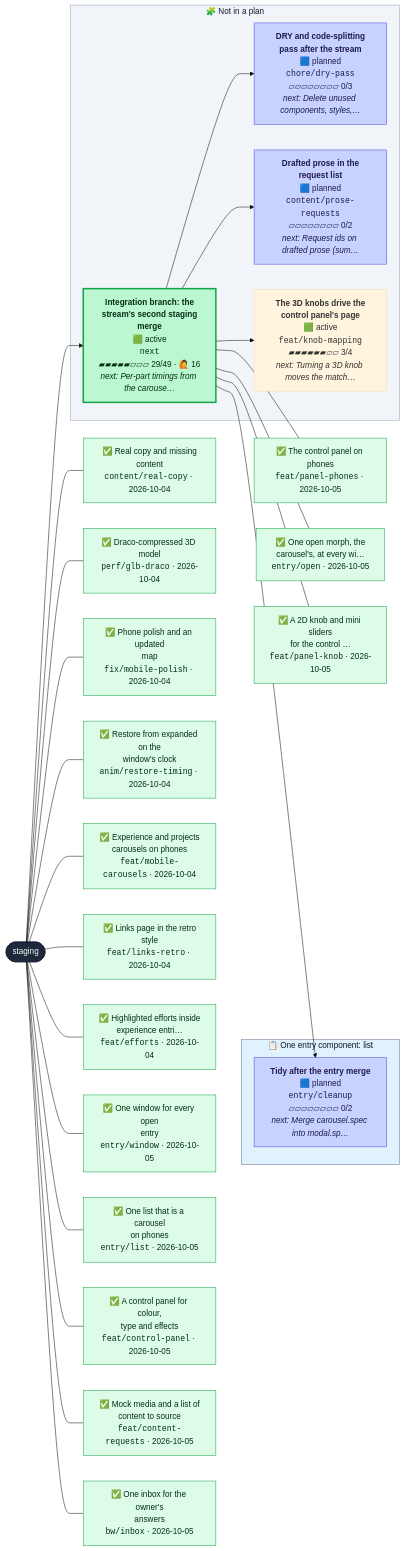
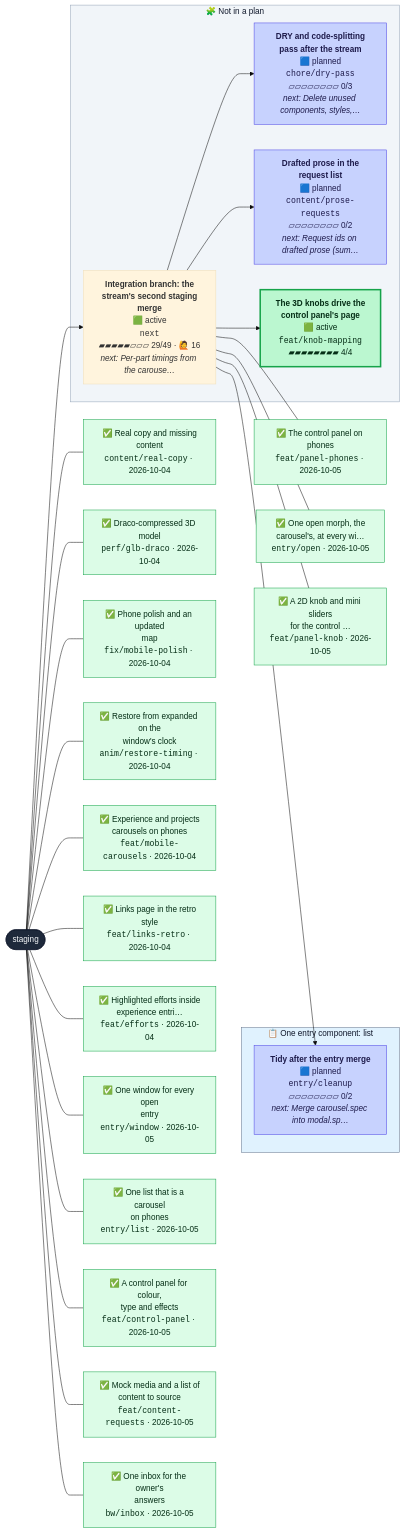
The second of 2 diagrams in CONTRIBUTING.md (henryjonescodes/portfolio), drawn with Mermaid (base theme) before and after one commit. The commit also changed other lines of this file, not shown here.

````diff
--- a/CONTRIBUTING.md
+++ b/CONTRIBUTING.md
@@ -69,80 +66,80 @@
 ```mermaid
 flowchart LR
   n_staging([staging])
   class n_staging trunk
   subgraph plan_0["📋 One entry component: list"]
     n_entry_cleanup["<b>Tidy after the entry merge</b><br/>🟦 planned<br/><code>entry/cleanup</code><br/>▱▱▱▱▱▱▱▱ 0/2<br/><i>next: Merge carousel.spec into modal.sp…</i>"]
     class n_entry_cleanup planned
   end
   style plan_0 fill:#e0f2fe,stroke:#64748b,color:#0f172a
   subgraph loose["🧩 Not in a plan"]
     n_chore_dry_pass["<b>DRY and code-splitting<br/>pass after the stream</b><br/>🟦 planned<br/><code>chore/dry-pass</code><br/>▱▱▱▱▱▱▱▱ 0/3<br/><i>next: Delete unused components, styles,…</i>"]
     class n_chore_dry_pass planned
     n_content_prose_requests["<b>Drafted prose in the<br/>request list</b><br/>🟦 planned<br/><code>content/prose-requests</code><br/>▱▱▱▱▱▱▱▱ 0/2<br/><i>next: Request ids on drafted prose (sum…</i>"]
     class n_content_prose_requests planned
-    n_feat_knob_mapping["<b>The 3D knobs drive the<br/>control panel's page</b><br/>🟩 active<br/><code>feat/knob-mapping</code><br/>▰▰▰▰▰▰▱▱ 3/4<br/><i>next: Turning a 3D knob moves the match…</i>"]
-    class n_feat_knob_mapping active,current
+    n_feat_knob_mapping["<b>The 3D knobs drive the<br/>control panel's page</b><br/>🟩 active<br/><code>feat/knob-mapping</code><br/>▰▰▰▰▰▰▰▰ 4/4"]
+    class n_feat_knob_mapping active
     n_next["<b>Integration branch: the<br/>stream's second staging<br/>merge</b><br/>🟩 active<br/><code>next</code><br/>▰▰▰▰▰▱▱▱ 29/49 · 🙋 16<br/><i>next: Per-part timings from the carouse…</i>"]
-    class n_next active
+    class n_next active,current
   end
   style loose fill:#f1f5f9,stroke:#94a3b8,color:#0f172a
   n_next --> n_chore_dry_pass
   n_next --> n_content_prose_requests
   n_next --> n_entry_cleanup
   n_next --> n_feat_knob_mapping
   n_staging --> n_next
   landed_0["✅ Real copy and missing<br/>content<br/><code>content/real-copy</code> · 2026-10-04"]
   class landed_0 merged
   n_staging --- landed_0
   landed_1["✅ Draco-compressed 3D model<br/><code>perf/glb-draco</code> · 2026-10-04"]
   class landed_1 merged
   n_staging --- landed_1
   landed_2["✅ Phone polish and an updated<br/>map<br/><code>fix/mobile-polish</code> · 2026-10-04"]
   class landed_2 merged
   n_staging --- landed_2
   landed_3["✅ Restore from expanded on the<br/>window's clock<br/><code>anim/restore-timing</code> · 2026-10-04"]
   class landed_3 merged
   n_staging --- landed_3
   landed_4["✅ Experience and projects<br/>carousels on phones<br/><code>feat/mobile-carousels</code> · 2026-10-04"]
   class landed_4 merged
   n_staging --- landed_4
   landed_5["✅ Links page in the retro<br/>style<br/><code>feat/links-retro</code> · 2026-10-04"]
   class landed_5 merged
   n_staging --- landed_5
   landed_6["✅ Highlighted efforts inside<br/>experience entri…<br/><code>feat/efforts</code> · 2026-10-04"]
   class landed_6 merged
   n_staging --- landed_6
   landed_7["✅ One window for every open<br/>entry<br/><code>entry/window</code> · 2026-10-05"]
   class landed_7 merged
   n_staging --- landed_7
   landed_8["✅ One list that is a carousel<br/>on phones<br/><code>entry/list</code> · 2026-10-05"]
   class landed_8 merged
   n_staging --- landed_8
   landed_9["✅ A control panel for colour,<br/>type and effects<br/><code>feat/control-panel</code> · 2026-10-05"]
   class landed_9 merged
   n_staging --- landed_9
   landed_10["✅ Mock media and a list of<br/>content to source<br/><code>feat/content-requests</code> · 2026-10-05"]
   class landed_10 merged
   n_staging --- landed_10
   landed_11["✅ One inbox for the owner's<br/>answers<br/><code>bw/inbox</code> · 2026-10-05"]
   class landed_11 merged
   n_staging --- landed_11
   landed_12["✅ The control panel on phones<br/><code>feat/panel-phones</code> · 2026-10-05"]
   class landed_12 merged
   n_next --- landed_12
   landed_13["✅ One open morph, the<br/>carousel's, at every wi…<br/><code>entry/open</code> · 2026-10-05"]
   class landed_13 merged
   n_next --- landed_13
   landed_14["✅ A 2D knob and mini sliders<br/>for the control …<br/><code>feat/panel-knob</code> · 2026-10-05"]
   class landed_14 merged
   n_next --- landed_14
   classDef merged fill:#dcfce7,stroke:#16a34a,color:#052e16
   classDef todo fill:#ffffff,stroke:#94a3b8,stroke-dasharray:2 2,color:#334155
   classDef planned fill:#c7d2fe,stroke:#4f46e5,color:#1e1b4b
   classDef sketched fill:#f8fafc,stroke:#64748b,stroke-dasharray:4 3,color:#334155
   classDef active fill:#bbf7d0,stroke:#16a34a,stroke-width:3px,color:#052e16
   classDef review fill:#fde68a,stroke:#d97706,stroke-width:3px,color:#451a03
   classDef blocked fill:#fecaca,stroke:#dc2626,stroke-width:3px,color:#450a0a
   classDef trunk fill:#1e293b,stroke:#0f172a,color:#f8fafc
   classDef current stroke:#0ea5e9,stroke-width:5px
 ```
````
